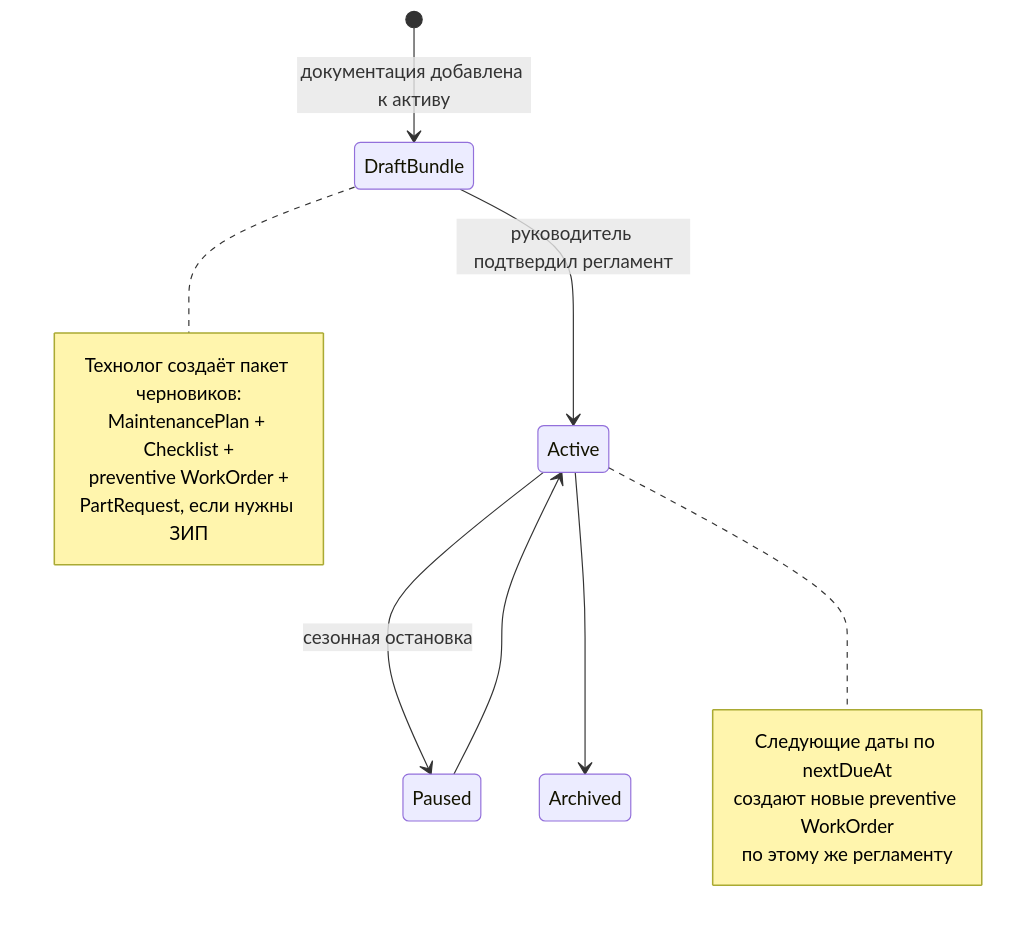
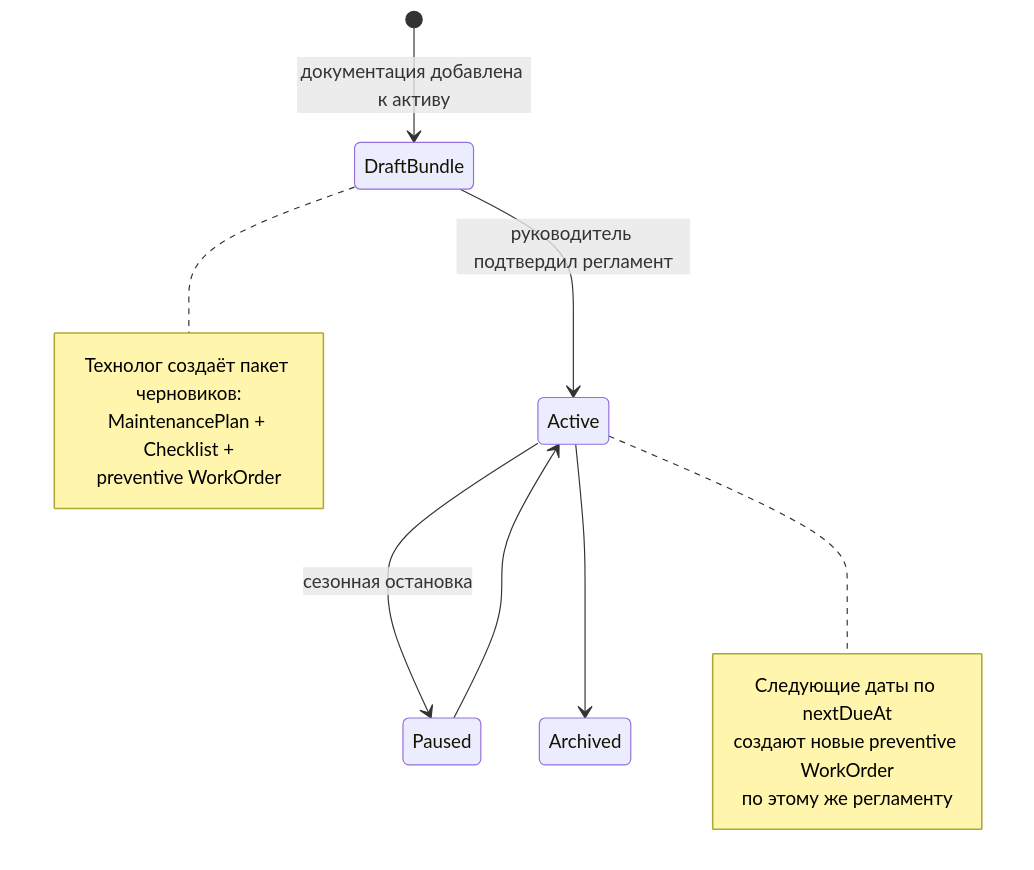
Before and after one commit to masterdoc-app/masterdoc: the fourth of 7 diagrams in TOIR_AI_SYSTEM_DESIGN.md, drawn with Mermaid. The commit also changed other lines of this file, not shown here.

````diff
--- a/TOIR_AI_SYSTEM_DESIGN.md
+++ b/TOIR_AI_SYSTEM_DESIGN.md
@@ -296,19 +248,18 @@
 ```mermaid
 stateDiagram-v2
   [*] --> DraftBundle: документация добавлена к активу
   DraftBundle --> Active: руководитель подтвердил регламент
   Active --> Paused: сезонная остановка
   Paused --> Active
   Active --> Archived
   note right of DraftBundle
     Технолог создаёт пакет черновиков:
     MaintenancePlan + Checklist +
-    preventive WorkOrder +
-    PartRequest, если нужны ЗИП
+    preventive WorkOrder
   end note
   note right of Active
     Следующие даты по nextDueAt
     создают новые preventive WorkOrder
     по этому же регламенту
   end note
 ```
````
